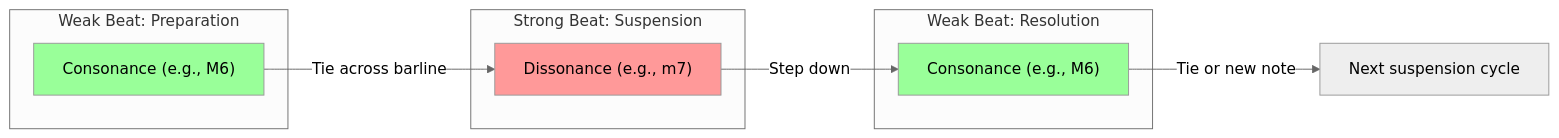
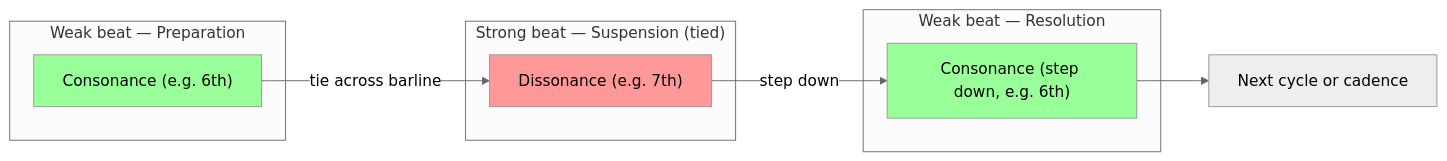
Before and after one commit to blebleblee/synapse: the third of 3 diagrams in topics/arts/composition/counterpoint/labs.md, drawn with Mermaid (neutral theme). The commit also changed other lines of this file and 4 other files, not shown here.

````diff
--- a/topics/arts/composition/counterpoint/labs.md
+++ b/topics/arts/composition/counterpoint/labs.md
@@ -377,22 +250,18 @@
 ```mermaid
 graph LR
-    subgraph sub_prep ["Weak Beat: Preparation"]
-        A["Consonance (e.g., M6)"]
+    subgraph sub_prep ["Weak beat — Preparation"]
+        A["Consonance (e.g. 6th)"]
     end
-    
-    subgraph sub_susp ["Strong Beat: Suspension"]
-        B["Dissonance (e.g., m7)"]
+    subgraph sub_susp ["Strong beat — Suspension (tied)"]
+        B["Dissonance (e.g. 7th)"]
     end
-    
-    subgraph sub_res ["Weak Beat: Resolution"]
-        C["Consonance (e.g., M6)"]
+    subgraph sub_res ["Weak beat — Resolution"]
+        C["Consonance (step down, e.g. 6th)"]
     end
-    
-    A -->|"Tie across barline"| B
-    B -->|"Step down"| C
-    C -->|"Tie or new note"| D["Next suspension cycle"]
-    
+    A -->|"tie across barline"| B
+    B -->|"step down"| C
+    C --> D["Next cycle or cadence"]
     style B fill:#ff9999
     style A fill:#99ff99
     style C fill:#99ff99
 ```
````
